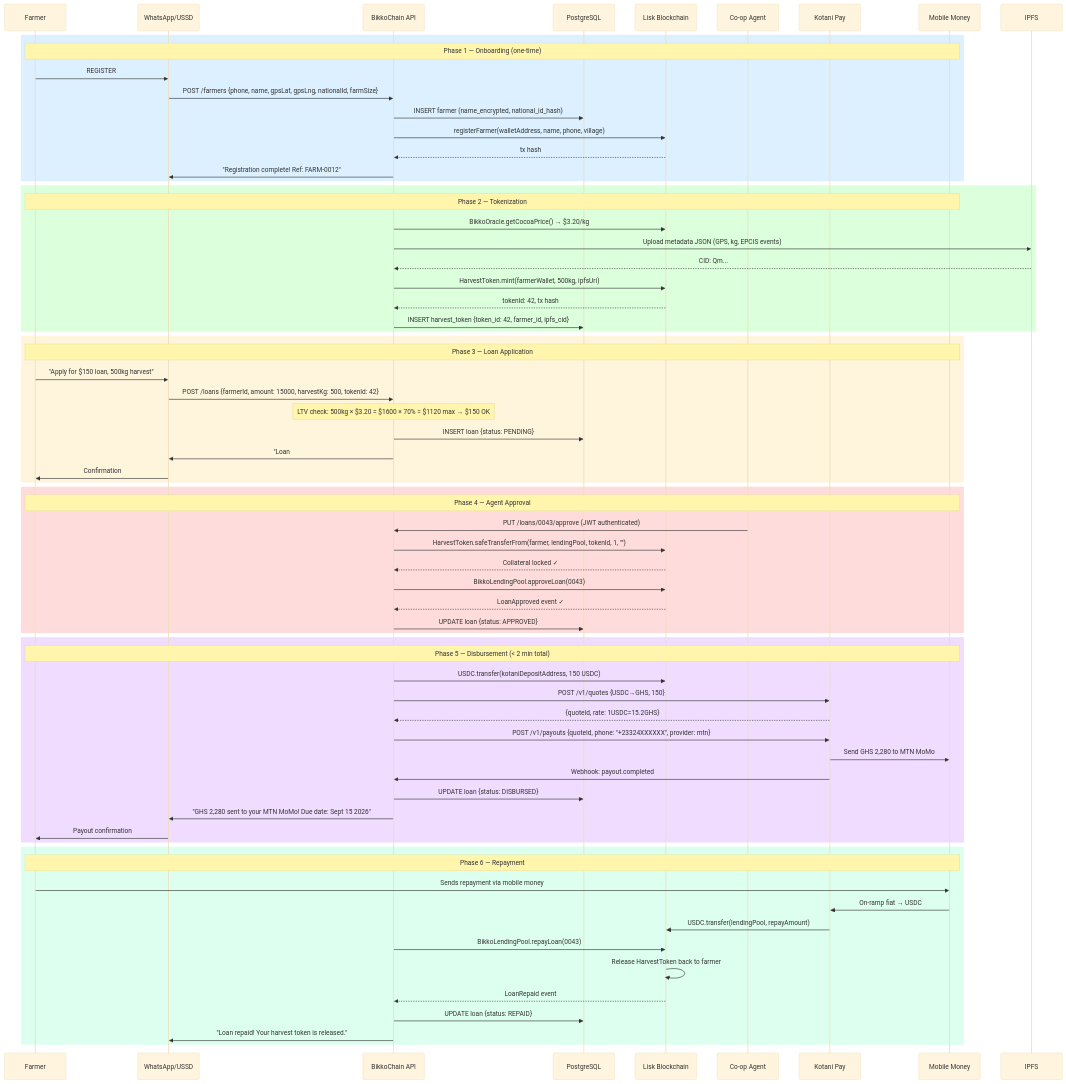
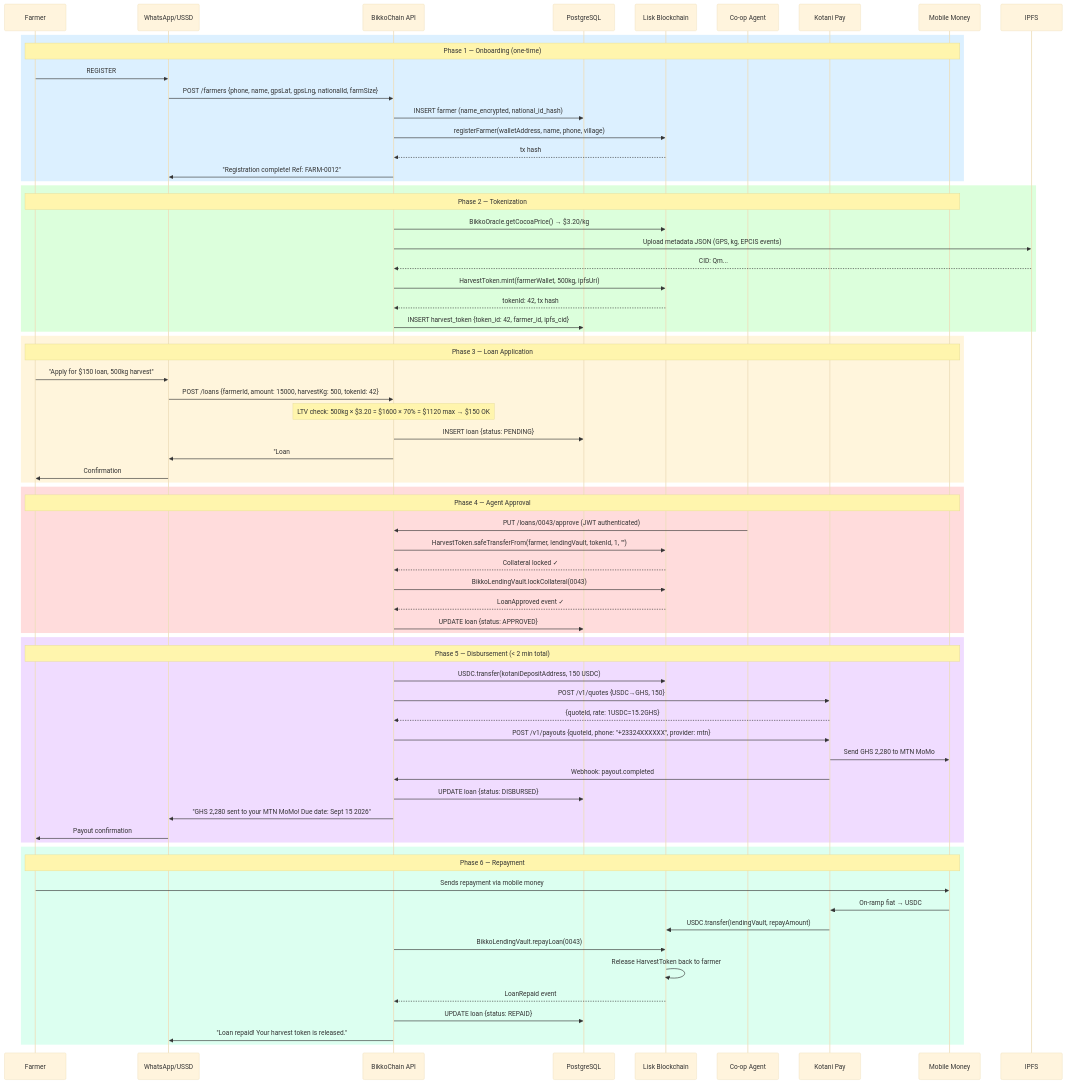
The ninth of 10 diagrams in doc.md (BikkoFarms/bikkofarms-platform), drawn with Mermaid (base theme) before and after one commit. The commit also changed other lines of this file and 16 other files, not shown here.

````diff
--- a/doc.md
+++ b/doc.md
@@ -577,76 +576,76 @@
 ```mermaid
 sequenceDiagram
     participant F as Farmer
     participant BOT as WhatsApp/USSD
     participant API as BikkoChain API
     participant DB as PostgreSQL
     participant CHAIN as Lisk Blockchain
     participant AGENT as Co-op Agent
     participant KP as Kotani Pay
     participant MM as Mobile Money
 
     rect rgb(220, 240, 255)
         Note over F,MM: Phase 1 — Onboarding (one-time)
         F->>BOT: REGISTER
         BOT->>API: POST /farmers {phone, name, gpsLat, gpsLng, nationalId, farmSize}
         API->>DB: INSERT farmer (name_encrypted, national_id_hash)
         API->>CHAIN: registerFarmer(walletAddress, name, phone, village)
         CHAIN-->>API: tx hash
         API->>BOT: "Registration complete! Ref: FARM-0012"
     end
 
     rect rgb(220, 255, 220)
         Note over F,MM: Phase 2 — Tokenization
         API->>CHAIN: BikkoOracle.getCocoaPrice() → $3.20/kg
         API->>IPFS: Upload metadata JSON (GPS, kg, EPCIS events)
         IPFS-->>API: CID: Qm...
         API->>CHAIN: HarvestToken.mint(farmerWallet, 500kg, ipfsUri)
         CHAIN-->>API: tokenId: 42, tx hash
         API->>DB: INSERT harvest_token {token_id: 42, farmer_id, ipfs_cid}
     end
 
     rect rgb(255, 245, 220)
         Note over F,MM: Phase 3 — Loan Application
         F->>BOT: "Apply for $150 loan, 500kg harvest"
         BOT->>API: POST /loans {farmerId, amount: 15000, harvestKg: 500, tokenId: 42}
         Note over API: LTV check: 500kg × $3.20 = $1600 × 70% = $1120 max → $150 OK
         API->>DB: INSERT loan {status: PENDING}
         API->>BOT: "Loan #0043 submitted. Agent will review shortly."
         BOT->>F: Confirmation
     end
 
     rect rgb(255, 220, 220)
         Note over F,MM: Phase 4 — Agent Approval
         AGENT->>API: PUT /loans/0043/approve (JWT authenticated)
-        API->>CHAIN: HarvestToken.safeTransferFrom(farmer, lendingPool, tokenId, 1, "")
+        API->>CHAIN: HarvestToken.safeTransferFrom(farmer, lendingVault, tokenId, 1, "")
         CHAIN-->>API: Collateral locked ✓
-        API->>CHAIN: BikkoLendingPool.approveLoan(0043)
+        API->>CHAIN: BikkoLendingVault.lockCollateral(0043)
         CHAIN-->>API: LoanApproved event ✓
         API->>DB: UPDATE loan {status: APPROVED}
     end
 
     rect rgb(240, 220, 255)
         Note over F,MM: Phase 5 — Disbursement (< 2 min total)
         API->>CHAIN: USDC.transfer(kotaniDepositAddress, 150 USDC)
         API->>KP: POST /v1/quotes {USDC→GHS, 150}
         KP-->>API: {quoteId, rate: 1USDC=15.2GHS}
         API->>KP: POST /v1/payouts {quoteId, phone: "+23324XXXXXX", provider: mtn}
         KP->>MM: Send GHS 2,280 to MTN MoMo
         KP->>API: Webhook: payout.completed
         API->>DB: UPDATE loan {status: DISBURSED}
         API->>BOT: "GHS 2,280 sent to your MTN MoMo! Due date: Sept 15 2026"
         BOT->>F: Payout confirmation
     end
 
     rect rgb(220, 255, 240)
         Note over F,MM: Phase 6 — Repayment
         F->>MM: Sends repayment via mobile money
         MM->>KP: On-ramp fiat → USDC
-        KP->>CHAIN: USDC.transfer(lendingPool, repayAmount)
-        API->>CHAIN: BikkoLendingPool.repayLoan(0043)
+        KP->>CHAIN: USDC.transfer(lendingVault, repayAmount)
+        API->>CHAIN: BikkoLendingVault.repayLoan(0043)
         CHAIN->>CHAIN: Release HarvestToken back to farmer
         CHAIN-->>API: LoanRepaid event
         API->>DB: UPDATE loan {status: REPAID}
         API->>BOT: "Loan repaid! Your harvest token is released."
     end
 ```
````
